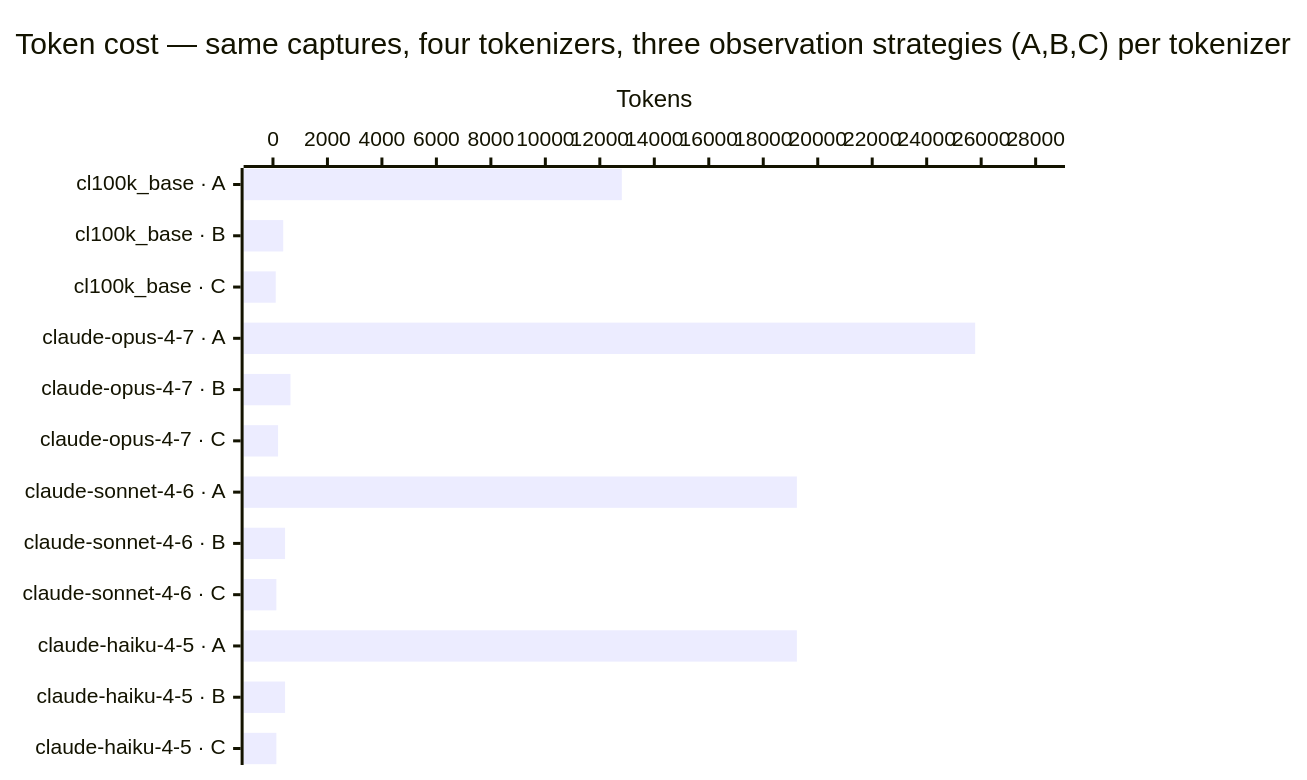
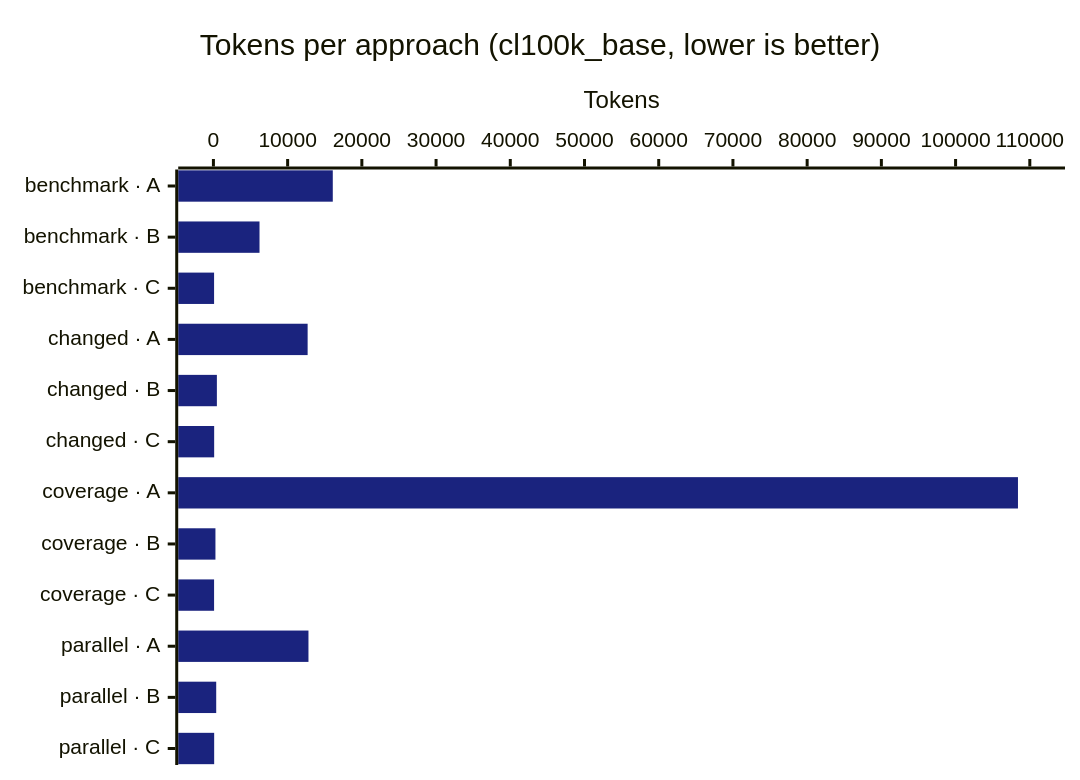
One commit to oscardlfr/kmp-test-runner changed the first of 5 diagrams in docs/token-cost-measurement.md. Above: the diagram before and after it, drawn with Mermaid. The commit also changed other lines of this file and 1 other file, not shown here.

First line of the commit message:
docs(tools): v0.4 README + token-cost docs rewrite — 4 features, 5 mermaid charts (Phase 4)

````diff
--- a/docs/token-cost-measurement.md
+++ b/docs/token-cost-measurement.md
@@ -7,7 +10,8 @@
 ```mermaid
+%%{init: {'theme':'base','themeVariables':{'xyChart':{'plotColorPalette':'#1a237e, #00897b, #c62828'},'fontFamily':'monospace','fontSize':'14px'}}}%%
 xychart-beta horizontal
-    title "Token cost — same captures, four tokenizers, three observation strategies (A,B,C) per tokenizer"
-    x-axis ["cl100k_base · A", "cl100k_base · B", "cl100k_base · C", "claude-opus-4-7 · A", "claude-opus-4-7 · B", "claude-opus-4-7 · C", "claude-sonnet-4-6 · A", "claude-sonnet-4-6 · B", "claude-sonnet-4-6 · C", "claude-haiku-4-5 · A", "claude-haiku-4-5 · B", "claude-haiku-4-5 · C"]
-    y-axis "Tokens" 0 --> 28000
-    bar [12807, 376, 101, 25780, 642, 187, 19234, 444, 125, 19234, 444, 125]
+    title "Tokens per approach (cl100k_base, lower is better)"
+    x-axis ["benchmark · A", "benchmark · B", "benchmark · C", "changed · A", "changed · B", "changed · C", "coverage · A", "coverage · B", "coverage · C", "parallel · A", "parallel · B", "parallel · C"]
+    y-axis "Tokens" 0 --> 110000
+    bar [16083, 6211, 89, 12694, 466, 100, 108405, 273, 89, 12807, 376, 101]
 ```
````
